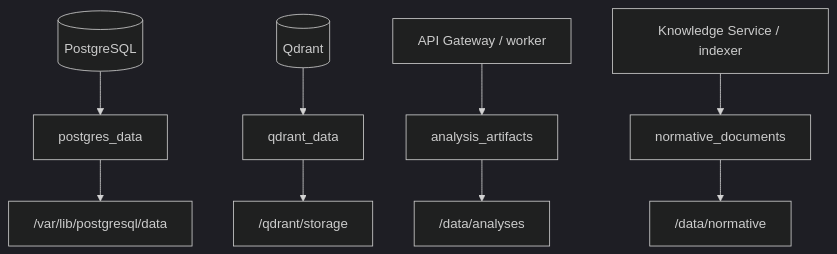
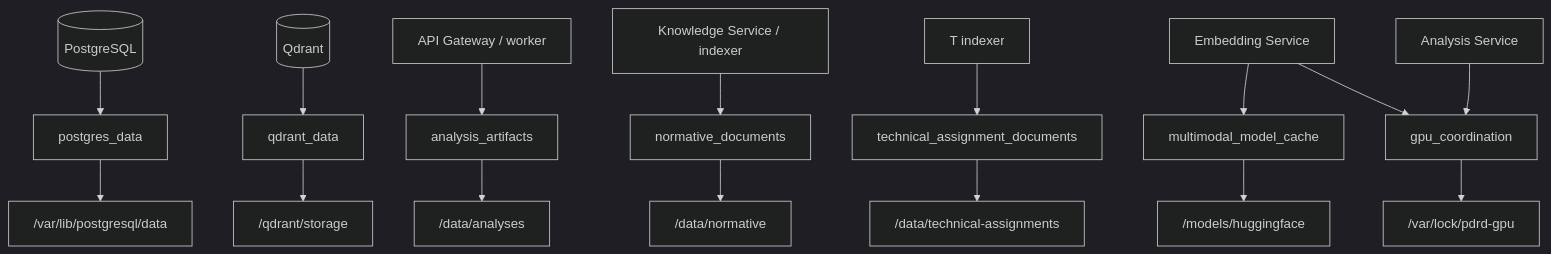
The ninth of 10 diagrams in README.md (Amadu-A/PDRD-validation), drawn with Mermaid (dark theme) before and after one commit. The commit also changed other lines of this file and 7 other files, not shown here.

Commit message:
fix: complete technical assignment workflow coverage

````diff
--- a/README.md
+++ b/README.md
@@ -445,12 +584,19 @@
 ```mermaid
 flowchart TD
     PG[("PostgreSQL")] --> PGV["postgres_data"]
     QD[("Qdrant")] --> QDV["qdrant_data"]
     GW["API Gateway / worker"] --> AV["analysis_artifacts"]
     KS["Knowledge Service / indexer"] --> NV["normative_documents"]
+    TIDX["T indexer"] --> TV["technical_assignment_documents"]
+    EMB["Embedding Service"] --> MC["multimodal_model_cache"]
+    AS["Analysis Service"] --> GL["gpu_coordination"]
+    EMB --> GL
 
     PGV --> PGP["/var/lib/postgresql/data"]
     QDV --> QDP["/qdrant/storage"]
     AV --> AP["/data/analyses"]
     NV --> NP["/data/normative"]
+    TV --> TP["/data/technical-assignments"]
+    MC --> MCP["/models/huggingface"]
+    GL --> GP["/var/lock/pdrd-gpu"]
 ```
````
